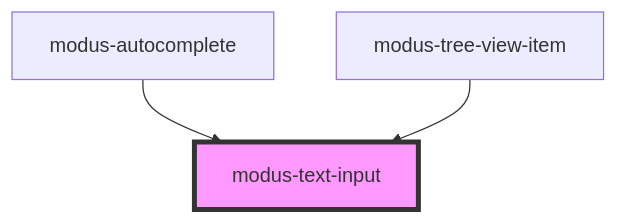
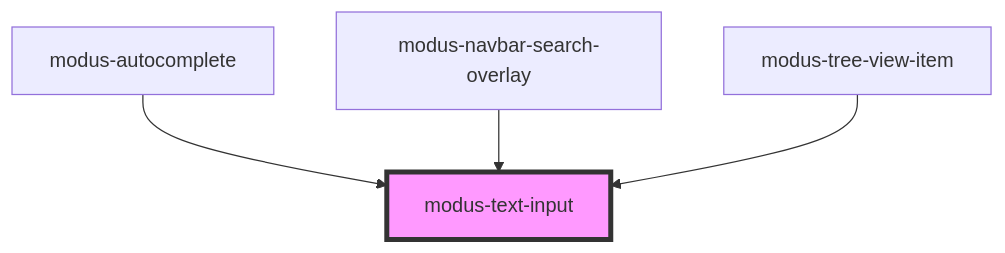
One commit to trimble-oss/modus-web-components changed the diagram in stencil-workspace/src/components/modus-text-input/readme.md. Above: the diagram before and after it, drawn with Mermaid. The commit also changed other lines of this file and 18 other files, not shown here.

First line of the commit message:
[EPD-11101] Search - add overlay and search functionality to Modus bar

````diff
--- a/stencil-workspace/src/components/modus-text-input/readme.md
+++ b/stencil-workspace/src/components/modus-text-input/readme.md
@@ -62,6 +63,7 @@
 ```mermaid
 graph TD;
   modus-autocomplete --> modus-text-input
+  modus-navbar-search-overlay --> modus-text-input
   modus-tree-view-item --> modus-text-input
   style modus-text-input fill:#f9f,stroke:#333,stroke-width:4px
 ```
````
